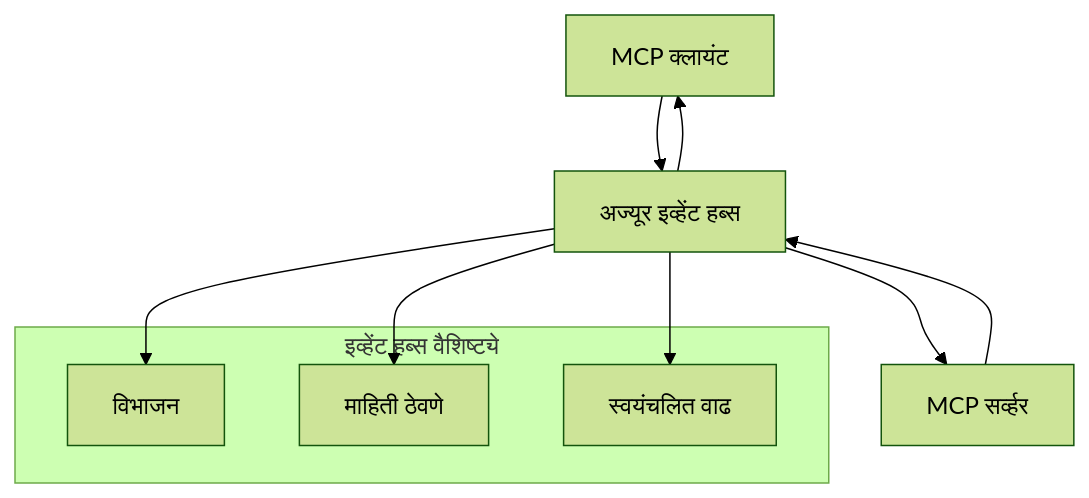
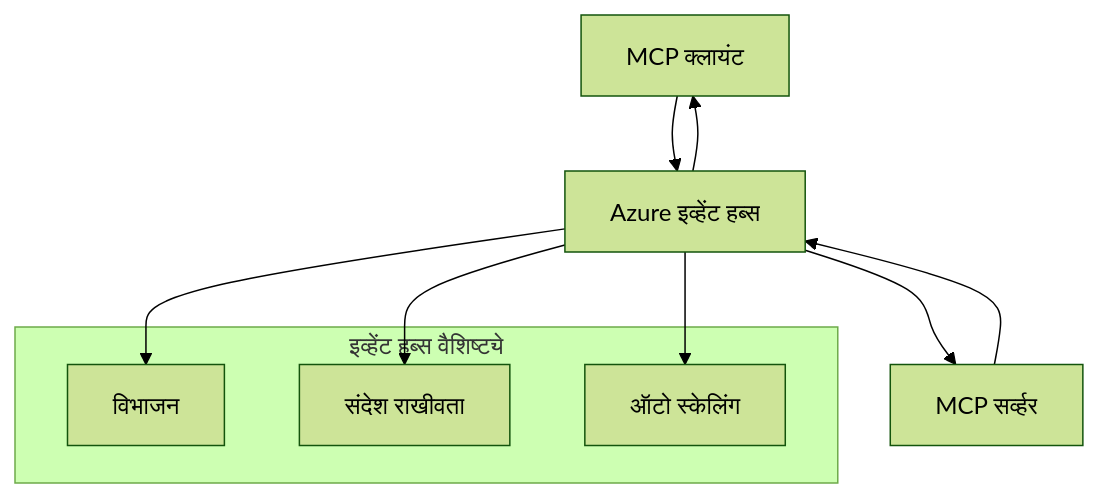
Before and after one commit to HIDORAKAI002/ai-workspace-archive: the second of 2 diagrams in mcp_ecosystem__model_context_protocol/mcp_learning_resources/mcp-for-beginners/translations/mr/05-AdvancedTopics/mcp-transport/README.md, drawn with Mermaid (forest theme). The commit also changed other lines of this file and 1046 other files, not shown here.

````diff
--- a/mcp_ecosystem__model_context_protocol/mcp_learning_resources/mcp-for-beginners/translations/mr/05-AdvancedTopics/mcp-transport/README.md
+++ b/mcp_ecosystem__model_context_protocol/mcp_learning_resources/mcp-for-beginners/translations/mr/05-AdvancedTopics/mcp-transport/README.md
@@ -270,17 +272,17 @@
 ```mermaid
 graph TB
-    Client[MCP क्लायंट] --> EH[अज्यूर इव्हेंट हब्स]
+    Client[MCP क्लायंट] --> EH[Azure इव्हेंट हब्स]
     EH --> Server[MCP सर्व्हर]
     Server --> EH
     EH --> Client
     
     subgraph "इव्हेंट हब्स वैशिष्ट्ये"
         Partition[विभाजन]
-        Retention[माहिती ठेवणे]
-        Scaling[स्वयंचलित वाढ]
+        Retention[संदेश राखीवता]
+        Scaling[ऑटो स्केलिंग]
     end
     
     EH --> Partition
     EH --> Retention
     EH --> Scaling
 ```
````
